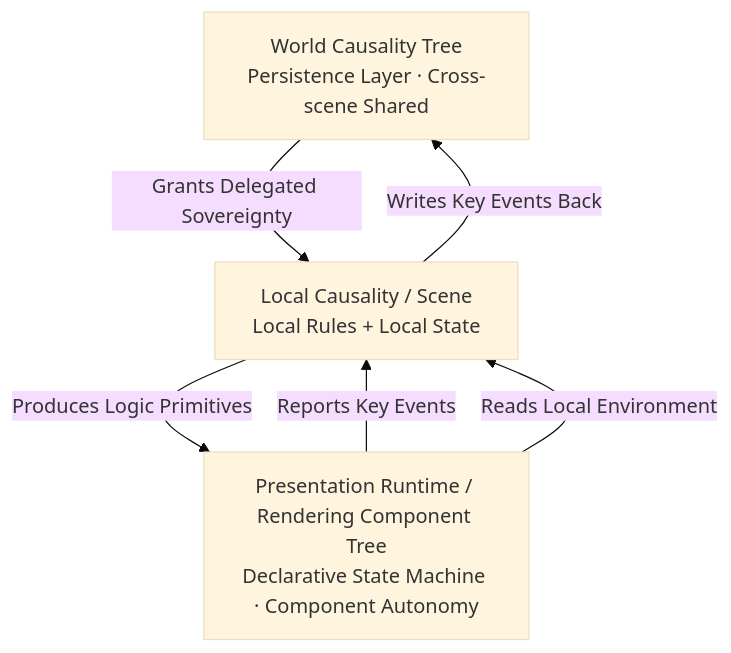
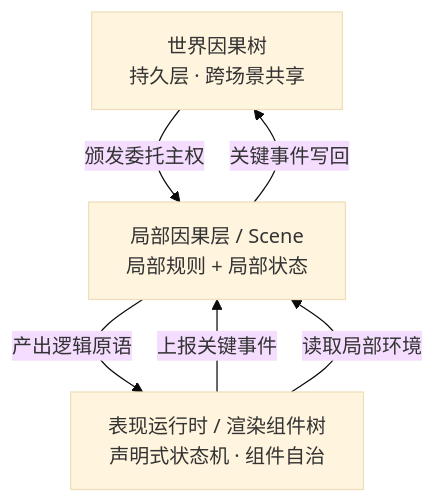
One commit to shixiangxi0/Cobweb changed the diagram in README_EN.md. Above: the diagram before and after it, drawn with Mermaid (base theme). The commit also changed other lines of this file and 7 other files, not shown here.

````diff
--- a/README_EN.md
+++ b/README_EN.md
@@ -107,9 +103,9 @@
 ```mermaid
 graph TD
-    A[World Causality Tree<br/>Persistence Layer · Cross-scene Shared]
-    A -->|Grants Delegated Sovereignty| B[Local Causality / Scene<br/>Local Rules + Local State]
-    B -->|Writes Key Events Back| A
-    B -->|Produces Logic Primitives| C[Presentation Runtime / Rendering Component Tree<br/>Declarative State Machine · Component Autonomy]
-    C -->|Reports Key Events| B
-    C -->|Reads Local Environment| B
+    A[世界因果树<br/>持久层 · 跨场景共享]
+    A -->|颁发委托主权| B[局部因果层 / Scene<br/>局部规则 + 局部状态]
+    B -->|关键事件写回| A
+    B -->|产出逻辑原语| C[表现运行时 / 渲染组件树<br/>声明式状态机 · 组件自治]
+    C -->|上报关键事件| B
+    C -->|读取局部环境| B
 ```
````
